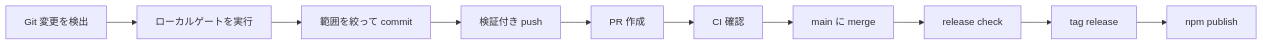
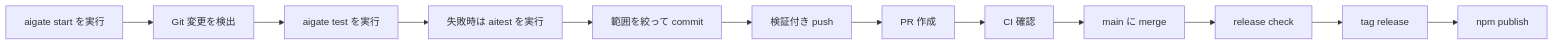
One commit to LeeHueeng/aigate-ai-git-workflow-guard-cli changed the first of 2 diagrams in docs/operations.ja.md. Above: the diagram before and after it, drawn with Mermaid. The commit also changed other lines of this file and 58 other files, not shown here.

First line of the commit message:
feat: add guided start and ai test automation

````diff
--- a/docs/operations.ja.md
+++ b/docs/operations.ja.md
@@ -12,12 +12,14 @@
 ```mermaid
 flowchart LR
-  A["Git 変更を検出"] --> B["ローカルゲートを実行"]
-  B --> C["範囲を絞って commit"]
-  C --> D["検証付き push"]
-  D --> E["PR 作成"]
-  E --> F["CI 確認"]
-  F --> G["main に merge"]
-  G --> H["release check"]
-  H --> I["tag release"]
-  I --> J["npm publish"]
+  A["aigate start を実行"] --> B["Git 変更を検出"]
+  B --> C["aigate test を実行"]
+  C --> D["失敗時は aitest を実行"]
+  D --> E["範囲を絞って commit"]
+  E --> F["検証付き push"]
+  F --> G["PR 作成"]
+  G --> H["CI 確認"]
+  H --> I["main に merge"]
+  I --> J["release check"]
+  J --> K["tag release"]
+  K --> L["npm publish"]
 ```
````
